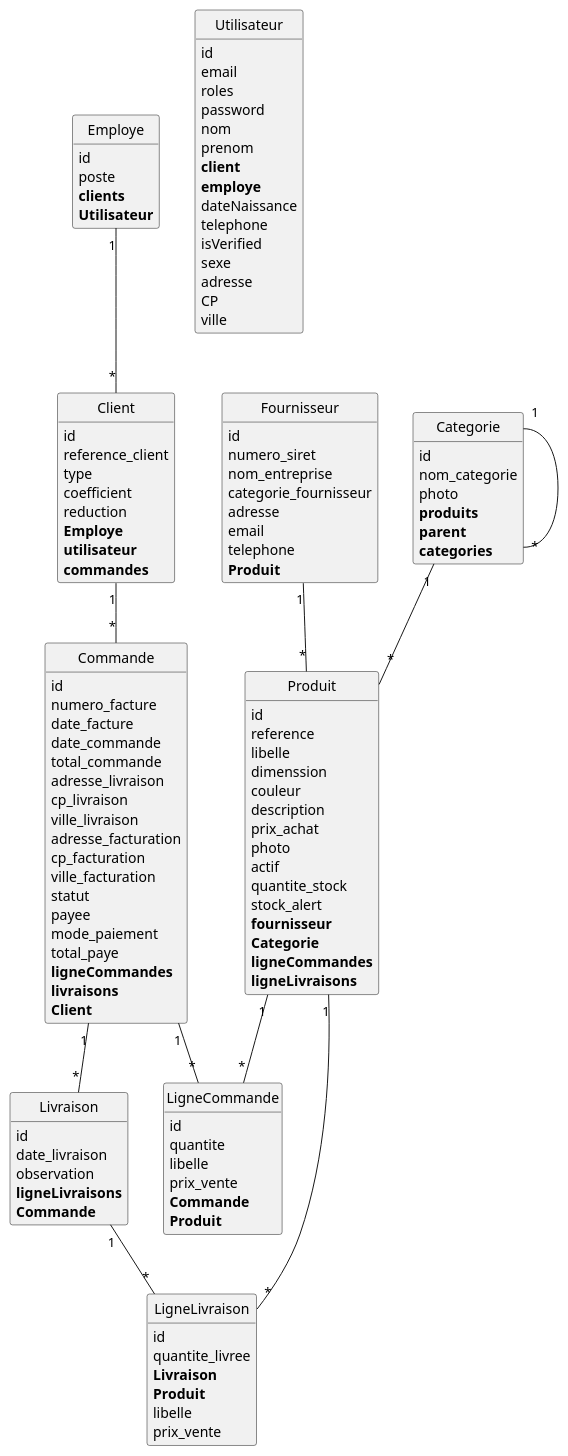
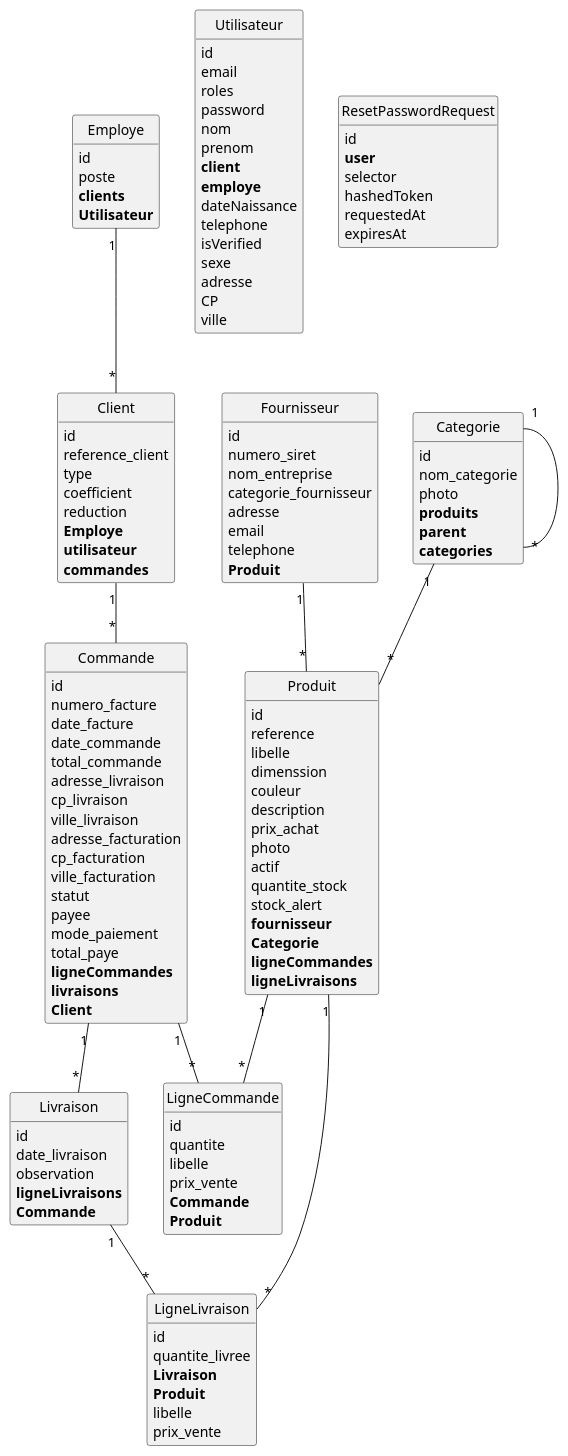
One commit to AMMOUCHI23/villageGreen changed the diagram in puml/index.puml. Above: the diagram before and after it, drawn with PlantUML. The commit also changed 11 other files, not shown here.

```diff
--- a/puml/index.puml
+++ b/puml/index.puml
@@ -1,135 +1,144 @@
 class Livraison {
 	id
 	date_livraison
 	observation
 	**ligneLivraisons**
 	**Commande**
 }
 
 class Client {
 	id
 	reference_client
 	type
 	coefficient
 	reduction
 	**Employe**
 	**utilisateur**
 	**commandes**
 }
 
 class Fournisseur {
 	id
 	numero_siret
 	nom_entreprise
 	categorie_fournisseur
 	adresse
 	email
 	telephone
 	**Produit**
 }
 
 class LigneLivraison {
 	id
 	quantite_livree
 	**Livraison**
 	**Produit**
 	libelle
 	prix_vente
 }
 
 class Employe {
 	id
 	poste
 	**clients**
 	**Utilisateur**
 }
 
 class Utilisateur {
 	id
 	email
 	roles
 	password
 	nom
 	prenom
 	**client**
 	**employe**
 	dateNaissance
 	telephone
 	isVerified
 	sexe
 	adresse
 	CP
 	ville
+}
+
+class ResetPasswordRequest {
+	id
+	**user**
+	selector
+	hashedToken
+	requestedAt
+	expiresAt
 }
 
 class Produit {
 	id
 	reference
 	libelle
 	dimenssion
 	couleur
 	description
 	prix_achat
 	photo
 	actif
 	quantite_stock
 	stock_alert
 	**fournisseur**
 	**Categorie**
 	**ligneCommandes**
 	**ligneLivraisons**
 }
 
 class LigneCommande {
 	id
 	quantite
 	libelle
 	prix_vente
 	**Commande**
 	**Produit**
 }
 
 class Commande {
 	id
 	numero_facture
 	date_facture
 	date_commande
 	total_commande
 	adresse_livraison
 	cp_livraison
 	ville_livraison
 	adresse_facturation
 	cp_facturation
 	ville_facturation
 	statut
 	payee
 	mode_paiement
 	total_paye
 	**ligneCommandes**
 	**livraisons**
 	**Client**
 }
 
 class Categorie {
 	id
 	nom_categorie
 	photo
 	**produits**
 	**parent**
 	**categories**
 }
 
 Livraison "1"--"*" LigneLivraison
 Client "1"--"*" Commande
 Fournisseur "1"--"*" Produit
 Employe "1"--"*" Client
 Produit "1"--"*" LigneCommande
 Produit "1"--"*" LigneLivraison
 Commande "1"--"*" LigneCommande
 Commande "1"--"*" Livraison
 Categorie "1"--"*" Produit
 Categorie "1"--"*" Categorie
 
 
 hide methods
 hide circle
```
